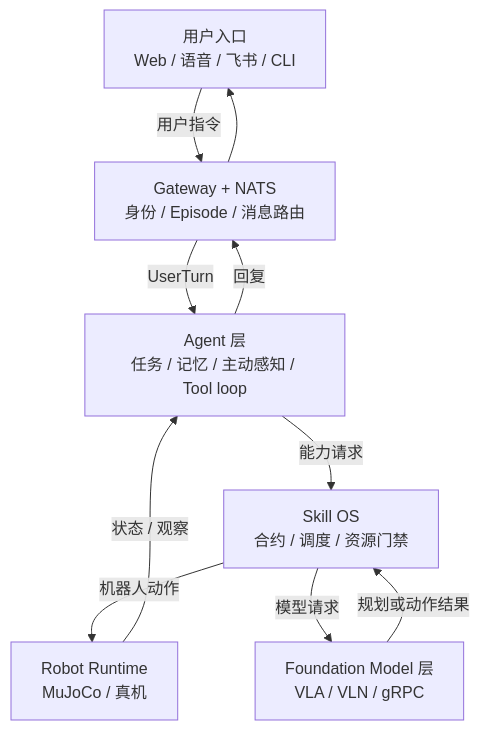
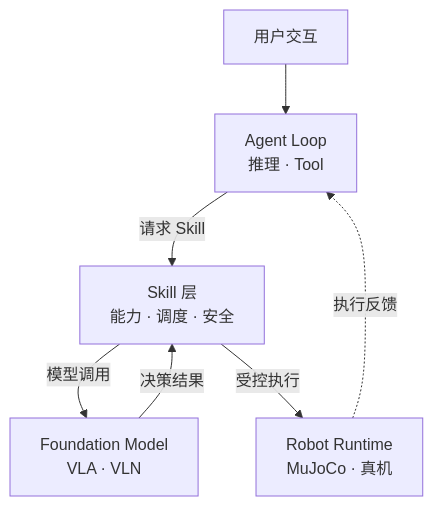
Before and after one commit to Xbotics-Embodied-AI-club/Xbotics-Hey-Robot: the diagram in README.md, drawn with Mermaid. The commit also changed other lines of this file and 1 other file, not shown here.

````diff
--- a/README.md
+++ b/README.md
@@ -47,19 +78,9 @@
 ```mermaid
 flowchart TD
-    U[用户入口<br/>Web / 语音 / 飞书 / CLI]
-    G[Gateway + NATS<br/>身份 / Episode / 消息路由]
-    A[Agent 层<br/>任务 / 记忆 / 主动感知 / Tool loop]
-    S[Skill OS<br/>合约 / 调度 / 资源门禁]
-    F[Foundation Model 层<br/>VLA / VLN / gRPC]
-    R[Robot Runtime<br/>MuJoCo / 真机]
-
-    U -->|用户指令| G
-    G -->|UserTurn| A
-    A -->|能力请求| S
-    S -->|机器人动作| R
-    S -->|模型请求| F
-    F -->|规划或动作结果| S
-    R -->|状态 / 观察| A
-    A -->|回复| G
-    G --> U
+    U[用户交互] --> A[Agent Loop<br/>推理 · Tool]
+    A -->|请求 Skill| S[Skill 层<br/>能力 · 调度 · 安全]
+    S -->|模型调用| F[Foundation Model<br/>VLA · VLN]
+    F -->|决策结果| S
+    S -->|受控执行| R[Robot Runtime<br/>MuJoCo · 真机]
+    R -.执行反馈.-> A
 ```
````
